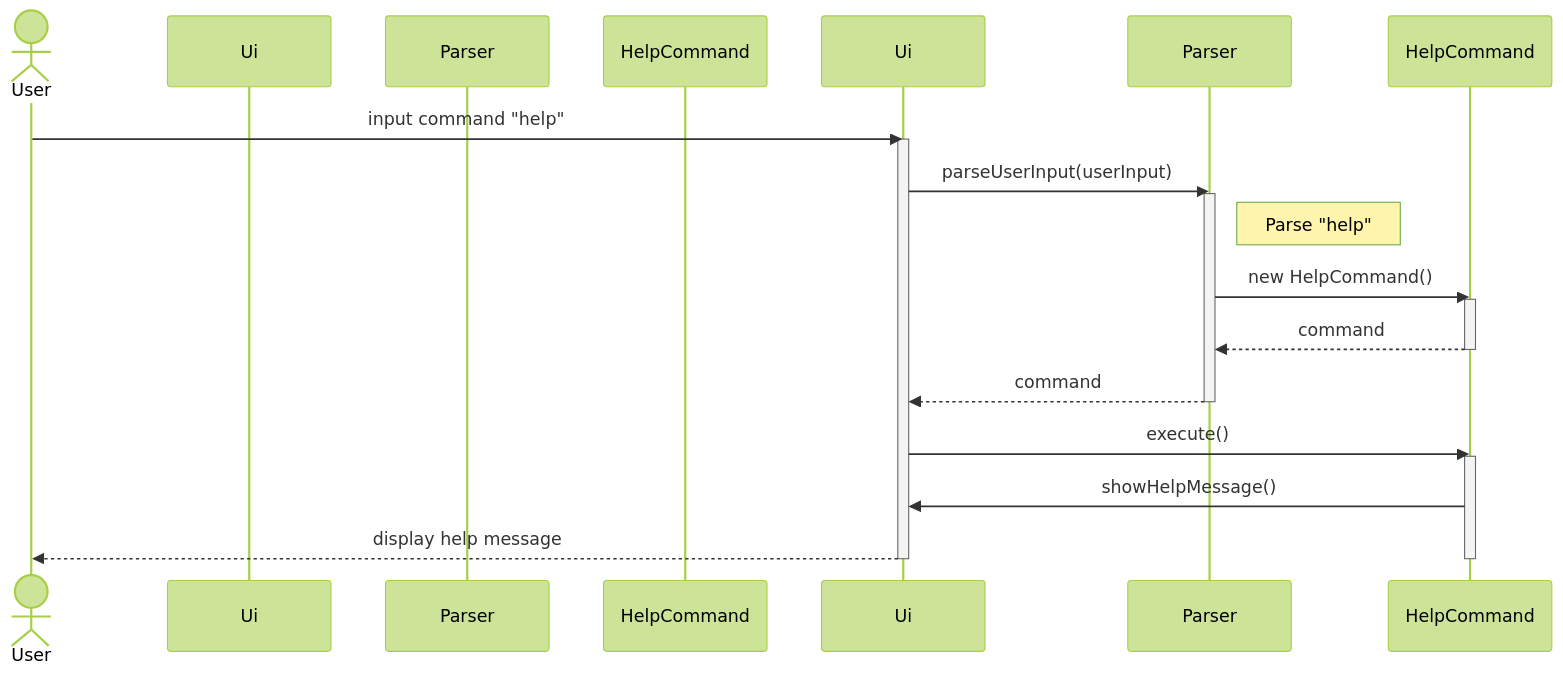
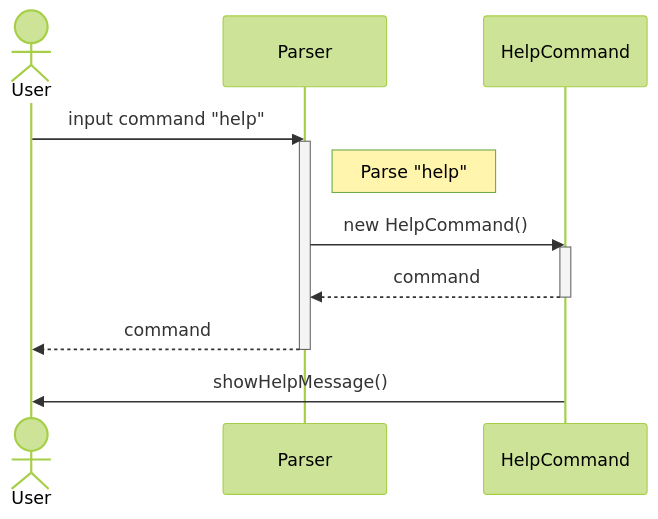
The diagram in docs/DeveloperGuide.md (timothyloh0523/tp), drawn with Mermaid (forest theme) before and after one commit.

````diff
--- a/docs/DeveloperGuide.md
+++ b/docs/DeveloperGuide.md
@@ -61,28 +61,19 @@
 ```mermaid
 sequenceDiagram
-actor User
-participant "UI" as Ui
-participant "Parser" as Parser
-participant "HelpCommand" as HelpCommand
+  actor User
+  participant Parser as Parser
+  participant HelpCommand as HelpCommand
 
-User ->> Ui: input command "help"
-activate Ui
-Ui ->> Parser: parseUserInput(userInput)
-activate Parser
+  User ->> Parser: input command "help"
+  activate Parser
 
-note right of Parser: Parse "help"
-Parser ->> HelpCommand: new HelpCommand()
-activate HelpCommand
-HelpCommand -->> Parser: command
-deactivate HelpCommand
-Parser -->> Ui: command
-deactivate Parser
+  note right of Parser: Parse "help"
+  Parser ->> HelpCommand: new HelpCommand()
+  activate HelpCommand
+  HelpCommand -->> Parser: command
+  deactivate HelpCommand
+  Parser -->> User: command
+  deactivate Parser
 
-Ui ->> HelpCommand: execute()
-activate HelpCommand
-
-HelpCommand ->> Ui: showHelpMessage()
-Ui -->> User: display help message
-deactivate Ui
-deactivate HelpCommand
+  HelpCommand ->> User: showHelpMessage()
 ```
````
